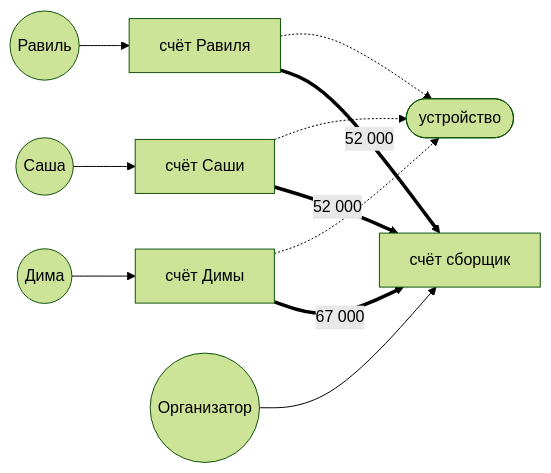
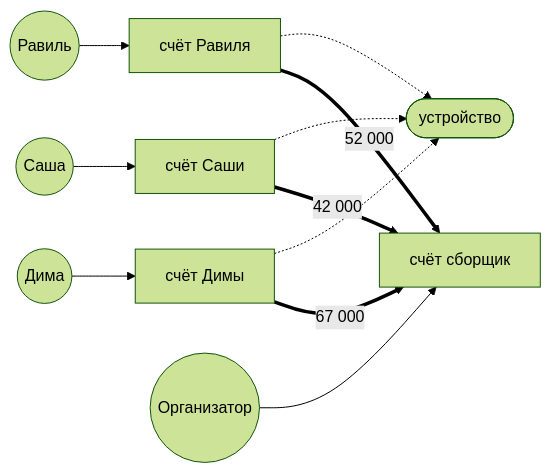
One commit to feytox/shugraph changed the second of 5 diagrams in docs/schemes-simple.md. Above: the diagram before and after it, drawn with Mermaid (forest theme). The commit also changed 1 other file, not shown here.

Commit message:
[GSD-11] docs: describe input events for scenarios

````diff
--- a/docs/schemes-simple.md
+++ b/docs/schemes-simple.md
@@ -21,13 +21,13 @@
 ```mermaid
 flowchart LR
     C1((Равиль)) --> A1[счёт Равиля]
     C2((Саша)) --> A2[счёт Саши]
     C3((Дима)) --> A3[счёт Димы]
     CS((Организатор)) --> S[счёт сборщик]
     A1 -.-> D([устройство])
     A2 -.-> D
     A3 -.-> D
     A1 ==>|52 000| S
-    A2 ==>|52 000| S
+    A2 ==>|42 000| S
     A3 ==>|67 000| S
 ```
````
